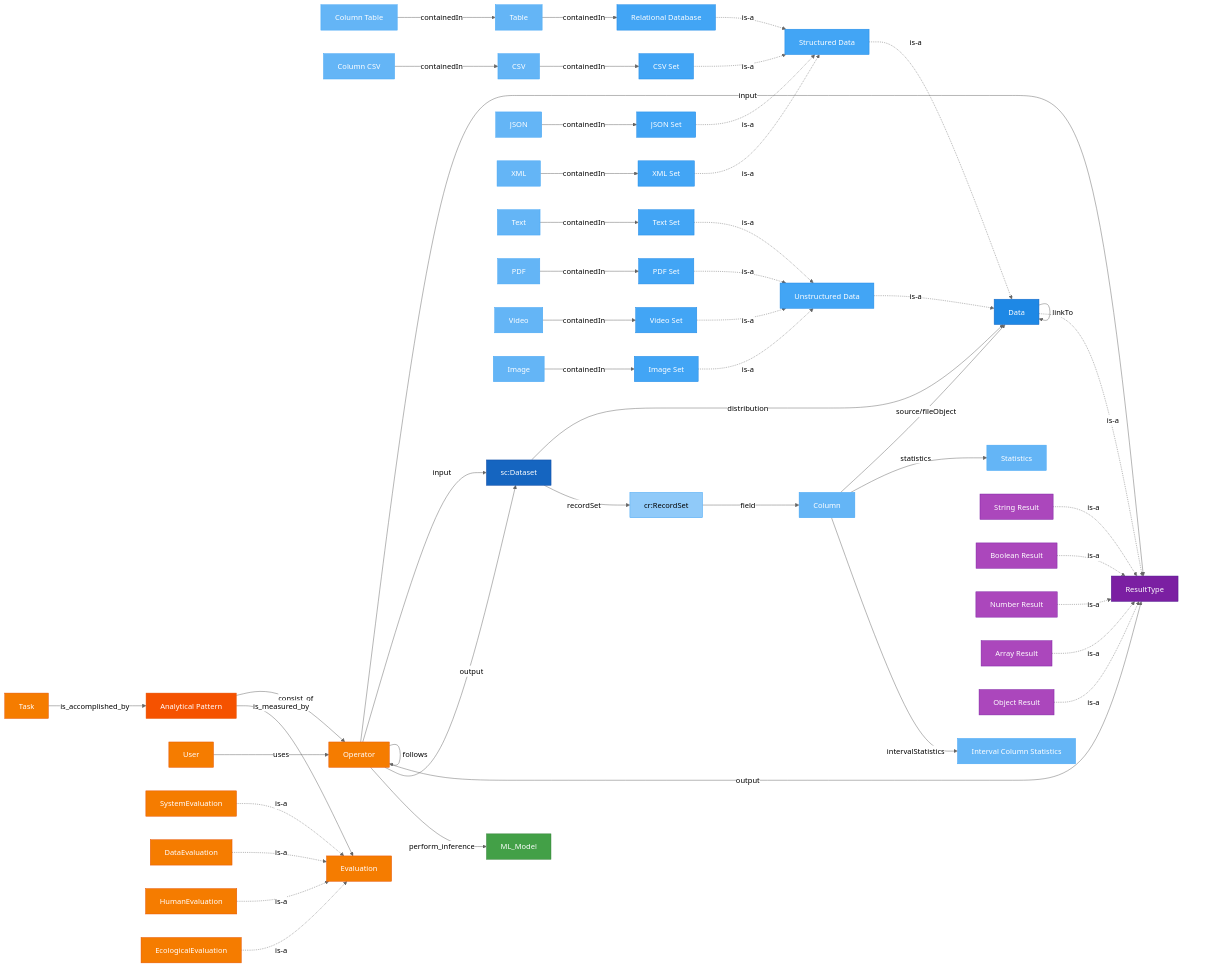
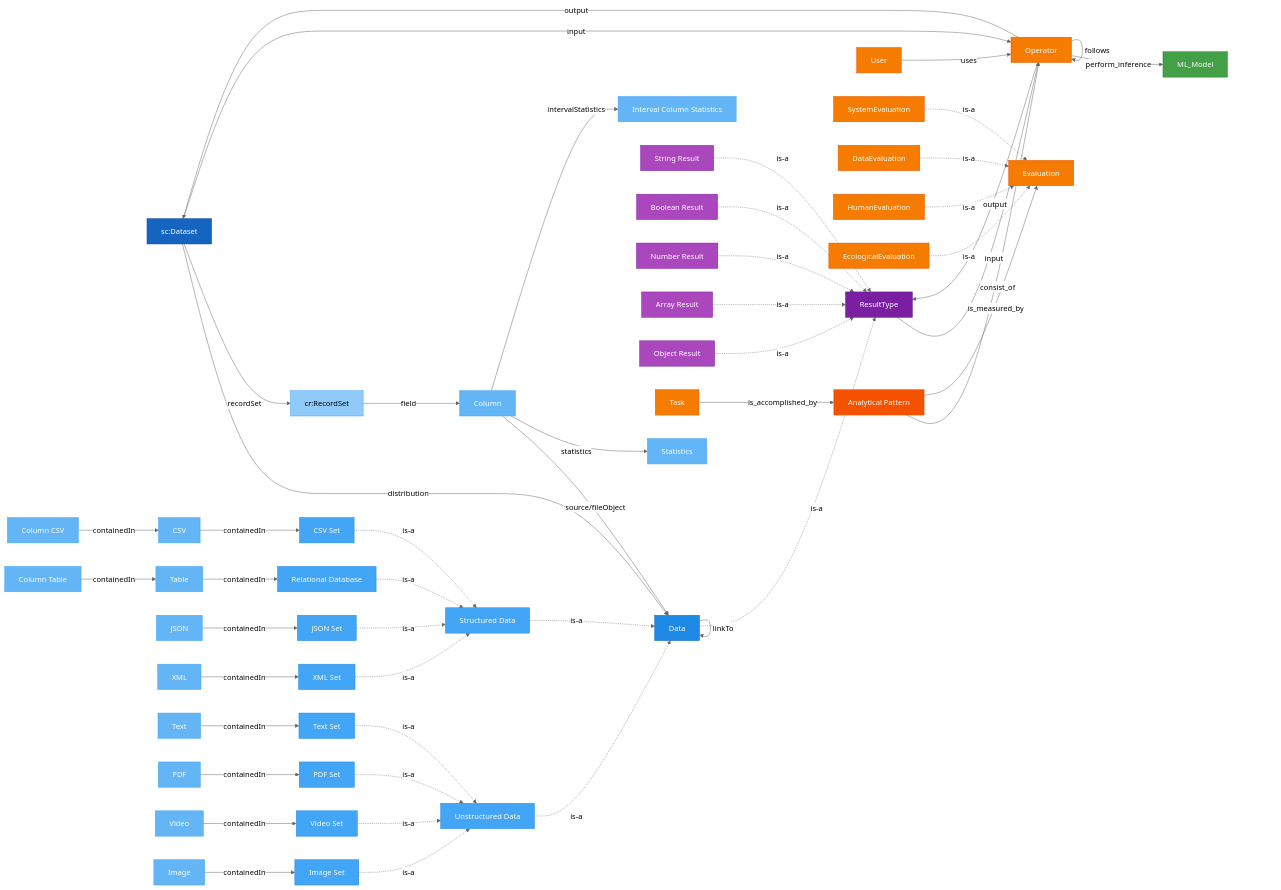
One commit to datagems-eosc/moma-management changed the diagram in README.md. Above: the diagram before and after it, drawn with Mermaid (neutral theme). The commit also changed other lines of this file and 16 other files, not shown here.

```diff
--- a/README.md
+++ b/README.md
@@ -135,8 +135,8 @@
   User:::misc
 
   AP -- consist_of --> Operator
-  Operator -- input --> ResultType
-  Operator -- input --> Dataset
+  ResultType -- input --> Operator
+  Dataset -- input --> Operator
   Operator -- output --> ResultType
   Operator -- output --> Dataset
   Operator -- follows --> Operator
```
